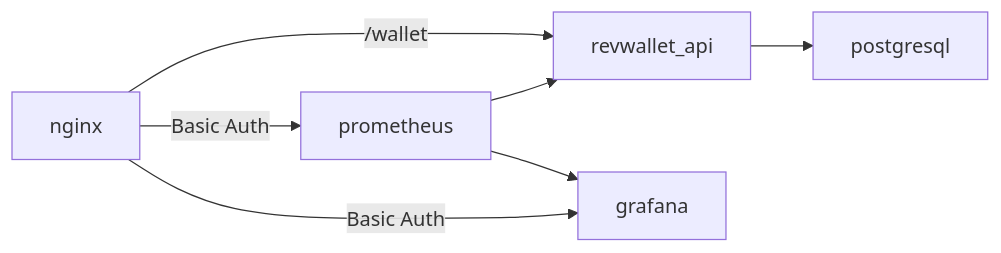
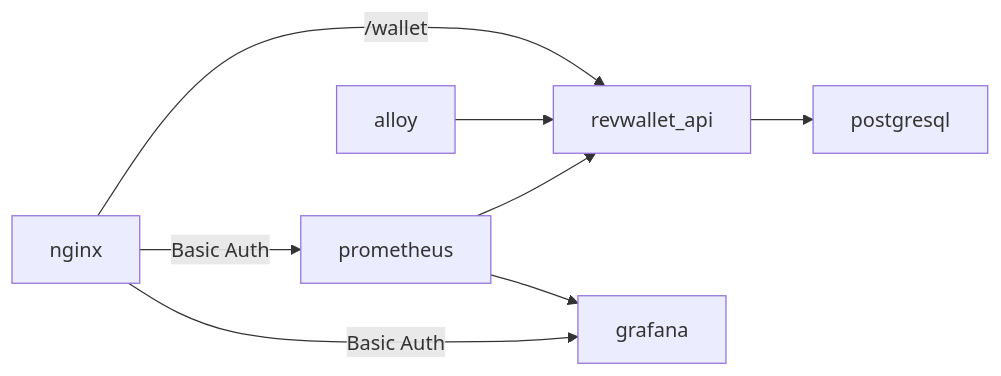
Before and after one commit to arthurjguerra/revwallet: the diagram in README.md, drawn with Mermaid.

Commit message:
feat: add arch diagram

````diff
--- a/README.md
+++ b/README.md
@@ -6,9 +6,10 @@
 ```mermaid
 flowchart LR
   nginx -- /wallet --> revwallet_api
   nginx -- Basic Auth --> prometheus
   nginx -- Basic Auth --> grafana
   revwallet_api --> postgresql
+  alloy --> revwallet_api
   prometheus --> revwallet_api
   prometheus --> grafana
 ```
````
